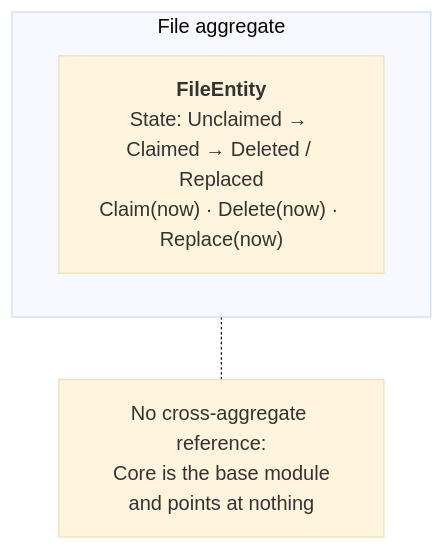
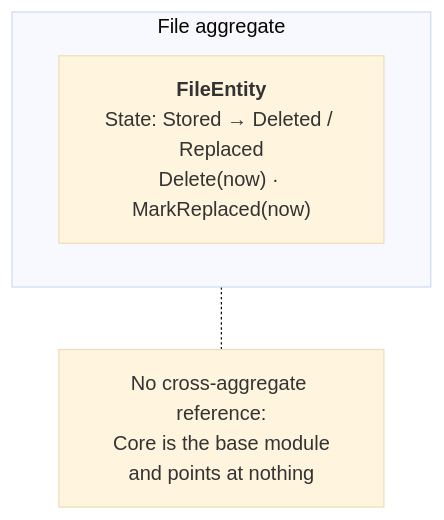
One commit to 116media/116-backend changed the second of 12 diagrams in docs/architecture-audit/implementation-specs/stage-15-domain-model-hardening.md. Above: the diagram before and after it, drawn with Mermaid (base theme). The commit also changed other lines of this file, not shown here.

````diff
--- a/docs/architecture-audit/implementation-specs/stage-15-domain-model-hardening.md
+++ b/docs/architecture-audit/implementation-specs/stage-15-domain-model-hardening.md
@@ -277,8 +277,8 @@
 ```mermaid
 flowchart TB
   subgraph FA["File aggregate"]
-    F["<b>FileEntity</b><br/>State: Unclaimed → Claimed → Deleted / Replaced<br/>Claim(now) · Delete(now) · Replace(now)"]
+    F["<b>FileEntity</b><br/>State: Stored → Deleted / Replaced<br/>Delete(now) · MarkReplaced(now)"]
   end
   N["No cross-aggregate reference:<br/>Core is the base module<br/>and points at nothing"]
   FA -.- N
 ```
````
